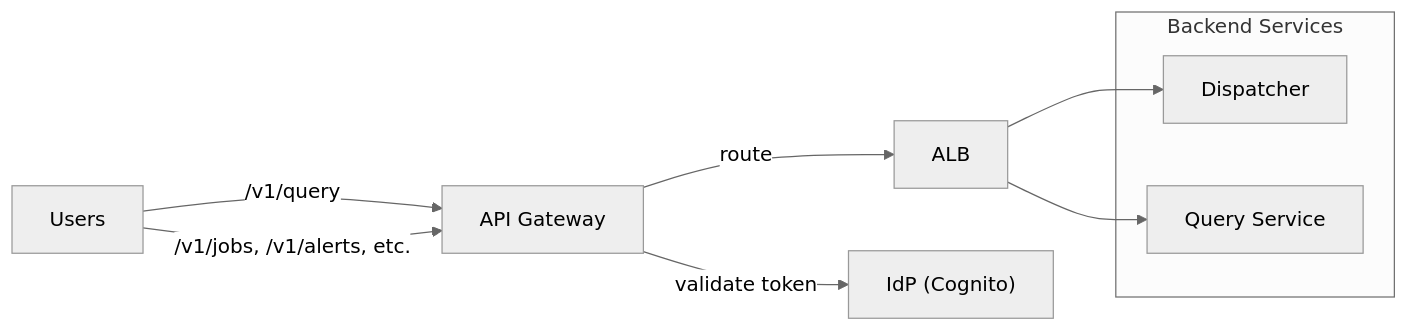
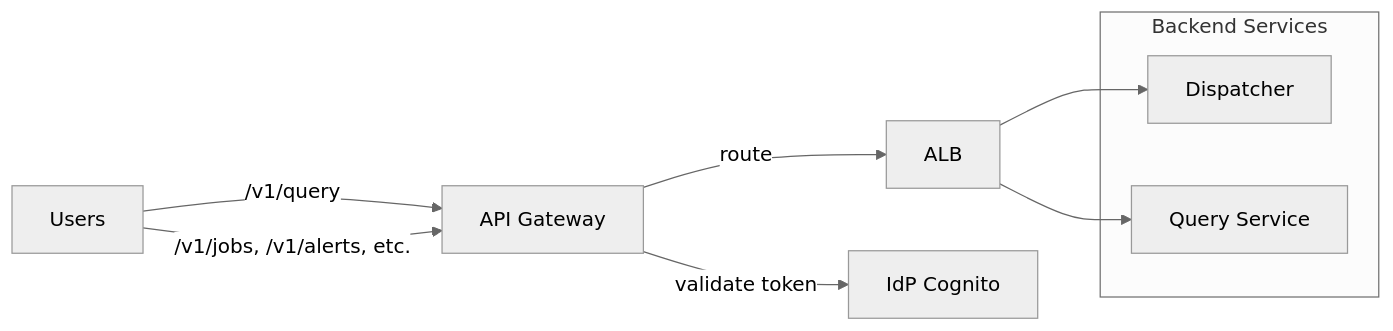
One commit to c7121/trace changed the diagram in docs/architecture/containers/gateway.md. Above: the diagram before and after it, drawn with Mermaid (neutral theme). The commit also changed 11 other files, not shown here.

````diff
--- a/docs/architecture/containers/gateway.md
+++ b/docs/architecture/containers/gateway.md
@@ -15,20 +15,20 @@
 ```mermaid
 flowchart LR
     users["Users"]
     apigw["API Gateway"]
     alb["ALB"]
     
     subgraph Backend["Backend Services"]
         dispatcher["Dispatcher"]
         query["Query Service"]
     end
     
-    idp["IdP (Cognito)"]
+    idp["IdP Cognito"]
     
     users -->|/v1/query| apigw
     users -->|/v1/jobs, /v1/alerts, etc.| apigw
     apigw -->|validate token| idp
     apigw -->|route| alb
     alb --> dispatcher
     alb --> query
 ```
````
